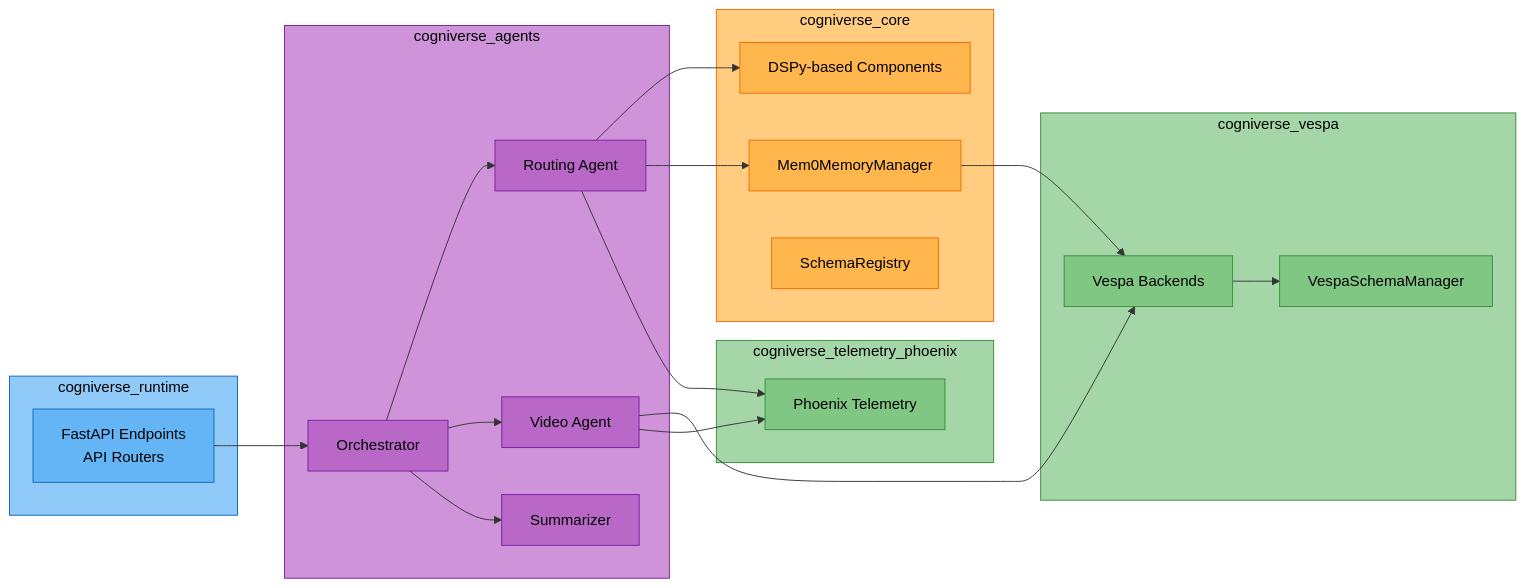
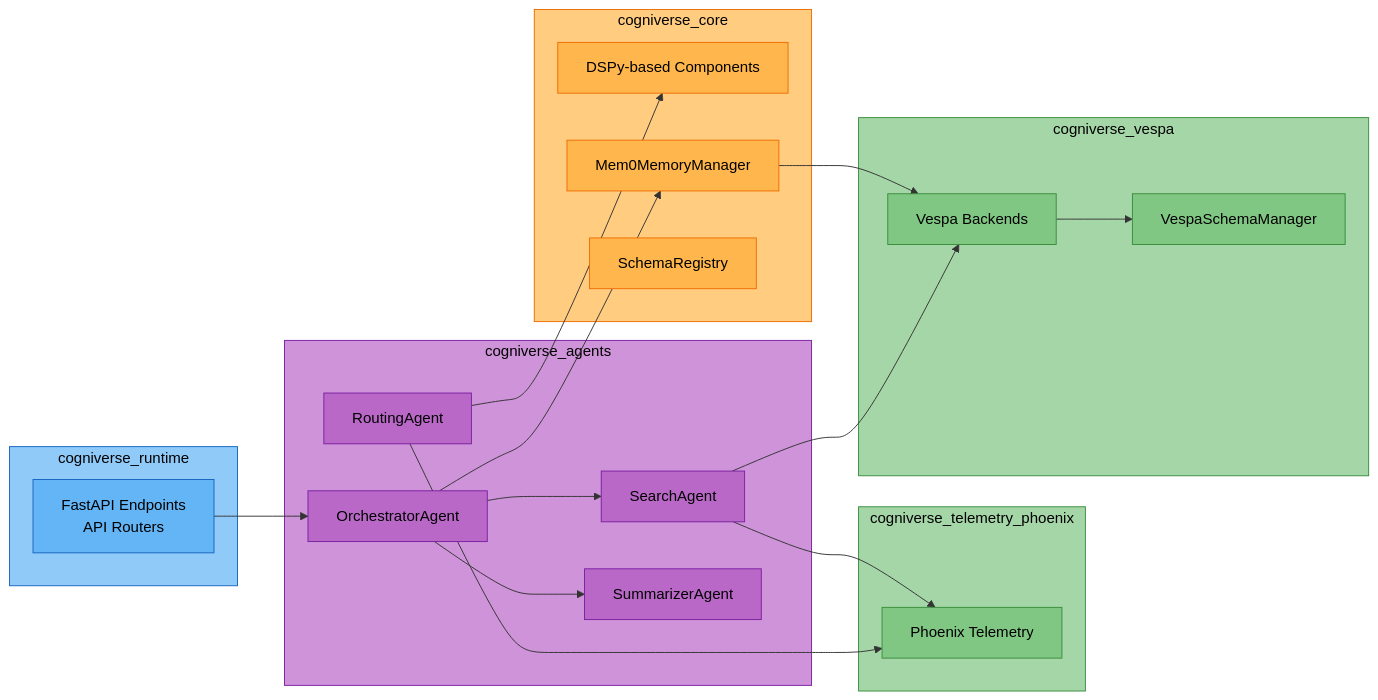
Before and after one commit to amit-jain/cogniverse: the first of 24 diagrams in docs/architecture/system-flows.md, drawn with Mermaid. The commit also changed other lines of this file and 137 other files, not shown here.

````diff
--- a/docs/architecture/system-flows.md
+++ b/docs/architecture/system-flows.md
@@ -20,60 +20,59 @@
 ```mermaid
 flowchart LR
     subgraph Runtime[<span style='color:#000'>cogniverse_runtime</span>]
         API[<span style='color:#000'>FastAPI Endpoints<br/>API Routers</span>]
     end
 
     subgraph AgentsPkg[<span style='color:#000'>cogniverse_agents</span>]
-        ORC[<span style='color:#000'>Orchestrator</span>]
-        RT[<span style='color:#000'>Routing Agent</span>]
-        VA[<span style='color:#000'>Video Agent</span>]
-        SUM[<span style='color:#000'>Summarizer</span>]
+        ORC[<span style='color:#000'>OrchestratorAgent</span>]
+        RT[<span style='color:#000'>RoutingAgent</span>]
+        SA[<span style='color:#000'>SearchAgent</span>]
+        SUM[<span style='color:#000'>SummarizerAgent</span>]
     end
 
     subgraph CorePkg[<span style='color:#000'>cogniverse_core</span>]
         DSPy[<span style='color:#000'>DSPy-based Components</span>]
         Memory[<span style='color:#000'>Mem0MemoryManager</span>]
         SchemaReg[<span style='color:#000'>SchemaRegistry</span>]
     end
 
     subgraph TelemetryPkg[<span style='color:#000'>cogniverse_telemetry_phoenix</span>]
         Phoenix[<span style='color:#000'>Phoenix Telemetry</span>]
     end
 
     subgraph VespaPkg[<span style='color:#000'>cogniverse_vespa</span>]
         SchemaMgr[<span style='color:#000'>VespaSchemaManager</span>]
         VespaBackend[<span style='color:#000'>Vespa Backends</span>]
     end
 
     API --> ORC
-    ORC --> RT
-    ORC --> VA
+    ORC --> SA
     ORC --> SUM
+    ORC --> Memory
 
     RT --> DSPy
-    RT --> Memory
     RT --> Phoenix
 
-    VA --> VespaBackend
-    VA --> Phoenix
+    SA --> VespaBackend
+    SA --> Phoenix
 
     VespaBackend --> SchemaMgr
     Memory --> VespaBackend
 
     style Runtime fill:#90caf9,stroke:#1565c0,color:#000
     style API fill:#64b5f6,stroke:#1565c0,color:#000
     style AgentsPkg fill:#ce93d8,stroke:#7b1fa2,color:#000
     style ORC fill:#ba68c8,stroke:#7b1fa2,color:#000
     style RT fill:#ba68c8,stroke:#7b1fa2,color:#000
-    style VA fill:#ba68c8,stroke:#7b1fa2,color:#000
+    style SA fill:#ba68c8,stroke:#7b1fa2,color:#000
     style SUM fill:#ba68c8,stroke:#7b1fa2,color:#000
     style CorePkg fill:#ffcc80,stroke:#ef6c00,color:#000
     style DSPy fill:#ffb74d,stroke:#ef6c00,color:#000
     style Memory fill:#ffb74d,stroke:#ef6c00,color:#000
     style SchemaReg fill:#ffb74d,stroke:#ef6c00,color:#000
     style TelemetryPkg fill:#a5d6a7,stroke:#388e3c,color:#000
     style Phoenix fill:#81c784,stroke:#388e3c,color:#000
     style VespaPkg fill:#a5d6a7,stroke:#388e3c,color:#000
     style SchemaMgr fill:#81c784,stroke:#388e3c,color:#000
     style VespaBackend fill:#81c784,stroke:#388e3c,color:#000
 ```
````
